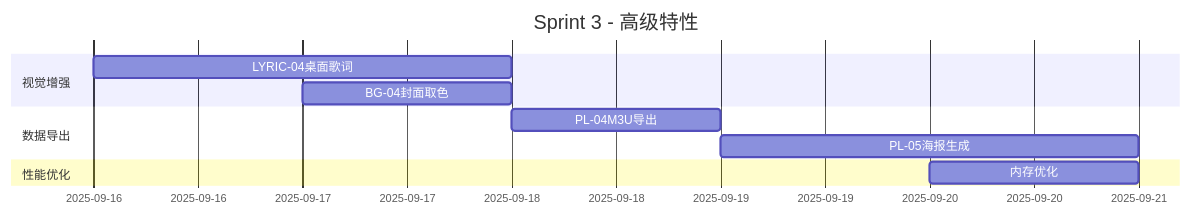
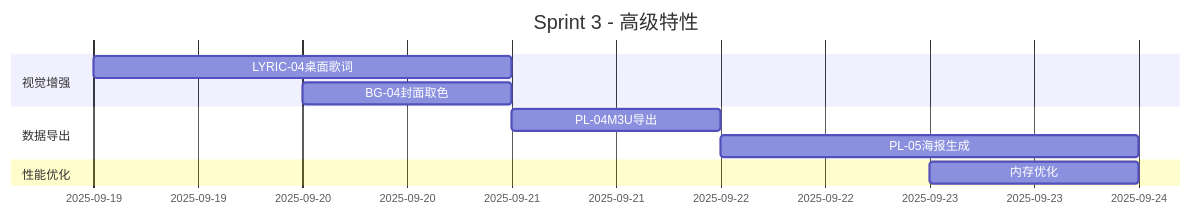
Before and after one commit to DONGNINGw/musicplayerapp: the fourth of 4 diagrams in 开发计划书/# 音乐播放器开发待办事项清单.md, drawn with Mermaid. The commit also changed other lines of this file and 128 other files, not shown here.

````diff
--- a/开发计划书/# 音乐播放器开发待办事项清单.md
+++ b/开发计划书/# 音乐播放器开发待办事项清单.md
@@ -183,12 +183,12 @@
 ```mermaid
 gantt
  title Sprint 3 - 高级特性
  section 视觉增强
- LYRIC-04桌面歌词: 2025-09-16, 1.5d
- BG-04封面取色: 2025-09-17, 1d
+ LYRIC-04桌面歌词: 2025-09-19, 1.5d
+ BG-04封面取色: 2025-09-20, 1d
  section 数据导出
- PL-04M3U导出: 2025-09-18, 1d
- PL-05海报生成: 2025-09-19, 1.5d
+ PL-04M3U导出: 2025-09-21, 1d
+ PL-05海报生成: 2025-09-22, 1.5d
  section 性能优化
- 内存优化: 2025-09-20, 1d
+ 内存优化: 2025-09-23, 1d
 ```
````
